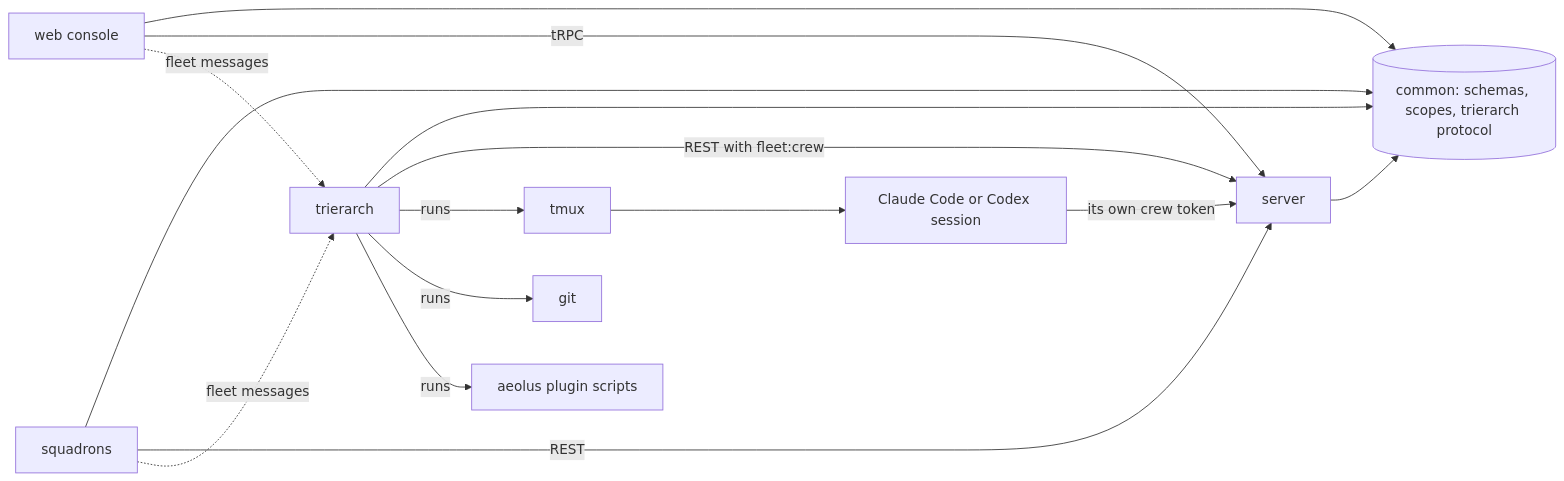
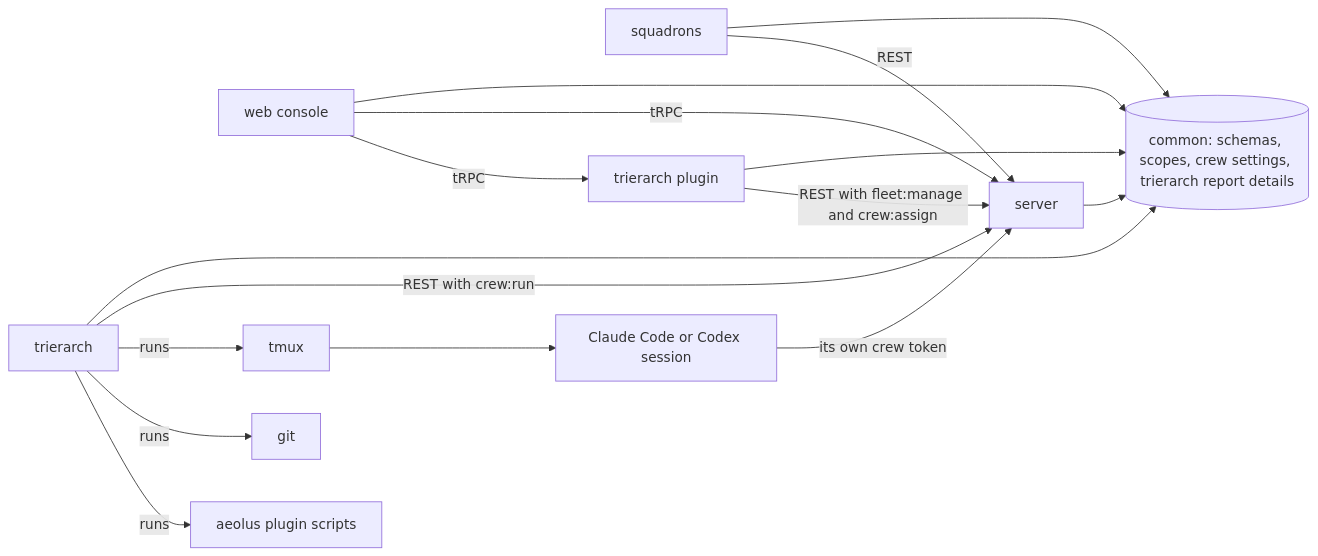
Before and after one commit to ThomasHendrickx/aeolus-fleet: the sixth of 6 diagrams in docs/architecture.md, drawn with Mermaid. The commit also changed other lines of this file and 1 other file, not shown here.

Commit message:
docs: crew request language and scopes, and the trierarch plugin in the architecture

````diff
--- a/docs/architecture.md
+++ b/docs/architecture.md
@@ -312,18 +340,19 @@
 ```mermaid
 flowchart LR
-  common[(common: schemas, scopes, trierarch protocol)]
+  common[(common: schemas, scopes, crew settings, trierarch report details)]
   server[server] --> common
   web[web console] --> common
   squadrons[squadrons] --> common
+  plugin[trierarch plugin] --> common
   trierarch[trierarch] --> common
   web -- tRPC --> server
+  web -- tRPC --> plugin
   squadrons -- REST --> server
-  trierarch -- REST with fleet:crew --> server
-  web -. fleet messages .-> trierarch
-  squadrons -. fleet messages .-> trierarch
+  plugin -- REST with fleet:manage and crew:assign --> server
+  trierarch -- REST with crew:run --> server
   trierarch -- runs --> tmux[tmux]
   trierarch -- runs --> git[git]
-  trierarch -- runs --> plugin[aeolus plugin scripts]
+  trierarch -- runs --> aeolusplugin[aeolus plugin scripts]
   tmux --> session[Claude Code or Codex session]
   session -- its own crew token --> server
 ```
````
